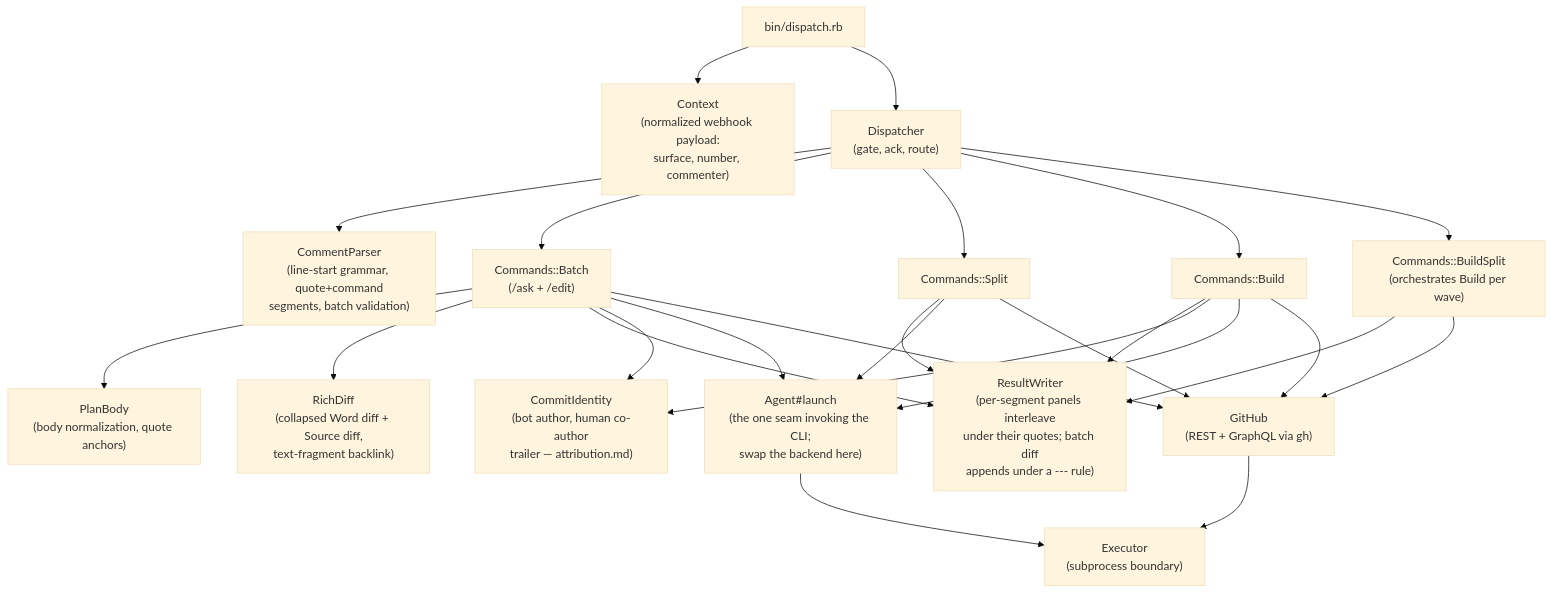
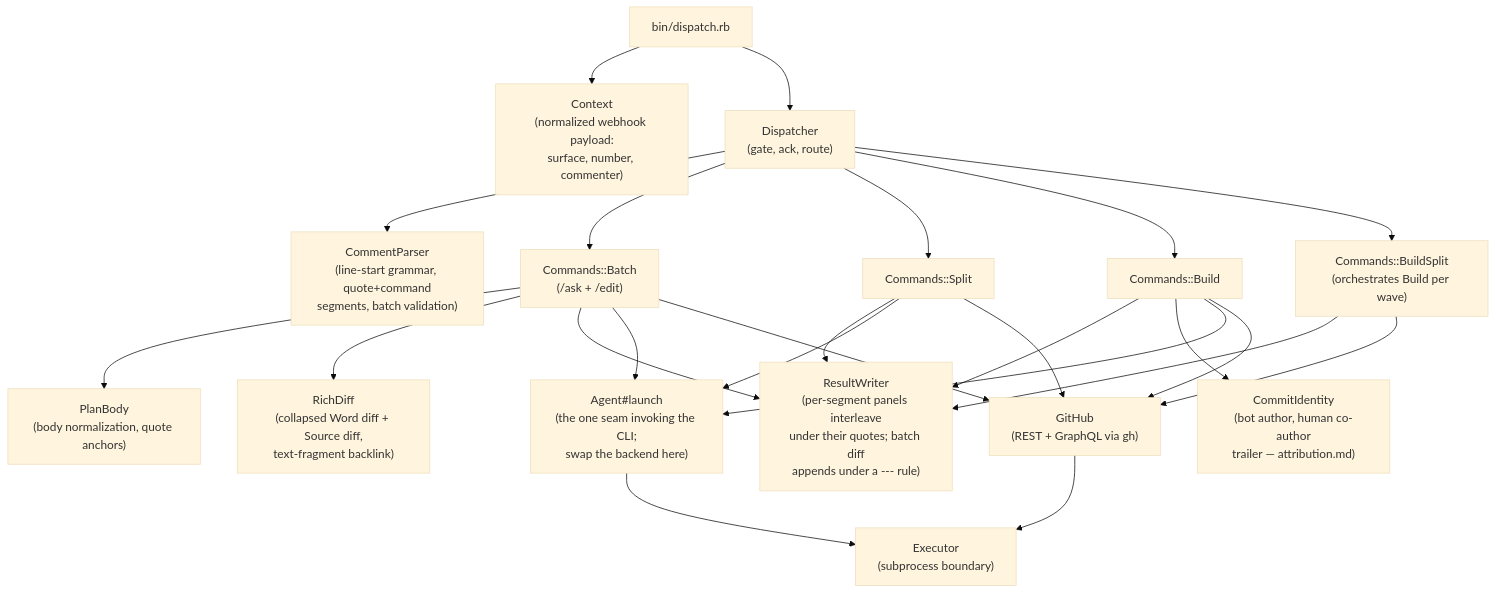
One commit to d3mlabs/ai-flow changed the third of 6 diagrams in docs/architecture.md. Above: the diagram before and after it, drawn with Mermaid (base theme). The commit also changed other lines of this file and 10 other files, not shown here.

````diff
--- a/docs/architecture.md
+++ b/docs/architecture.md
@@ -109,29 +109,28 @@
 ```mermaid
 flowchart TD
     entry["bin/dispatch.rb"] --> ctx["Context<br/>(normalized webhook payload:<br/>surface, number, commenter)"]
     entry --> disp["Dispatcher<br/>(gate, ack, route)"]
     disp --> parser["CommentParser<br/>(line-start grammar, quote+command<br/>segments, batch validation)"]
     disp --> batchCmd["Commands::Batch<br/>(/ask + /edit)"]
     disp --> splitCmd["Commands::Split"]
     disp --> buildCmd["Commands::Build"]
     disp --> buildSplitCmd["Commands::BuildSplit<br/>(orchestrates Build per wave)"]
 
     batchCmd --> planBody["PlanBody<br/>(body normalization, quote anchors)"]
     batchCmd --> richDiff["RichDiff<br/>(collapsed Word diff + Source diff,<br/>text-fragment backlink)"]
     batchCmd --> resultWriter["ResultWriter<br/>(per-segment panels interleave<br/>under their quotes; batch diff<br/>appends under a --- rule)"]
     splitCmd --> resultWriter
     buildCmd --> resultWriter
     buildSplitCmd --> resultWriter
     buildCmd --> commitIdentity["CommitIdentity<br/>(bot author, human co-author<br/>trailer — attribution.md)"]
-    batchCmd --> commitIdentity
 
     batchCmd --> agent["Agent#launch<br/>(the one seam invoking the CLI;<br/>swap the backend here)"]
     splitCmd --> agent
     buildCmd --> agent
     batchCmd --> gh["GitHub<br/>(REST + GraphQL via gh)"]
     splitCmd --> gh
     buildCmd --> gh
     buildSplitCmd --> gh
     agent --> exec["Executor<br/>(subprocess boundary)"]
     gh --> exec
 ```
````
